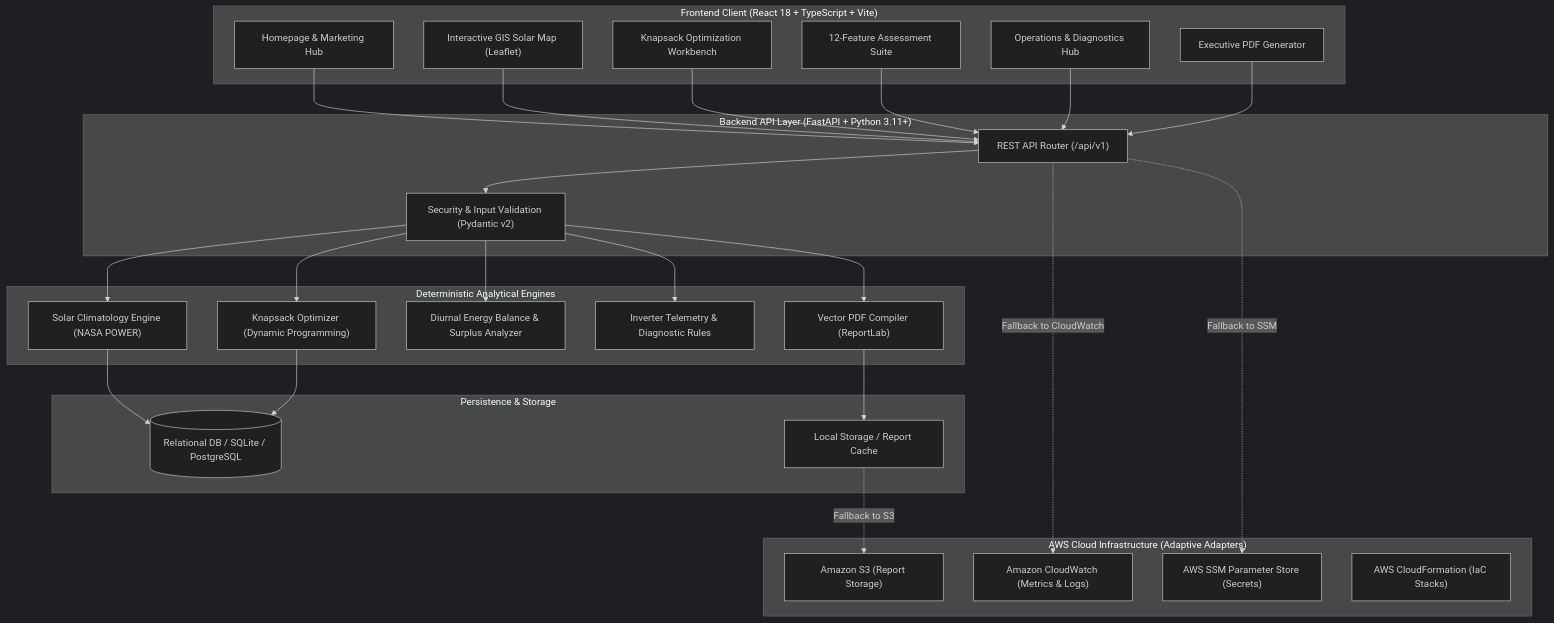
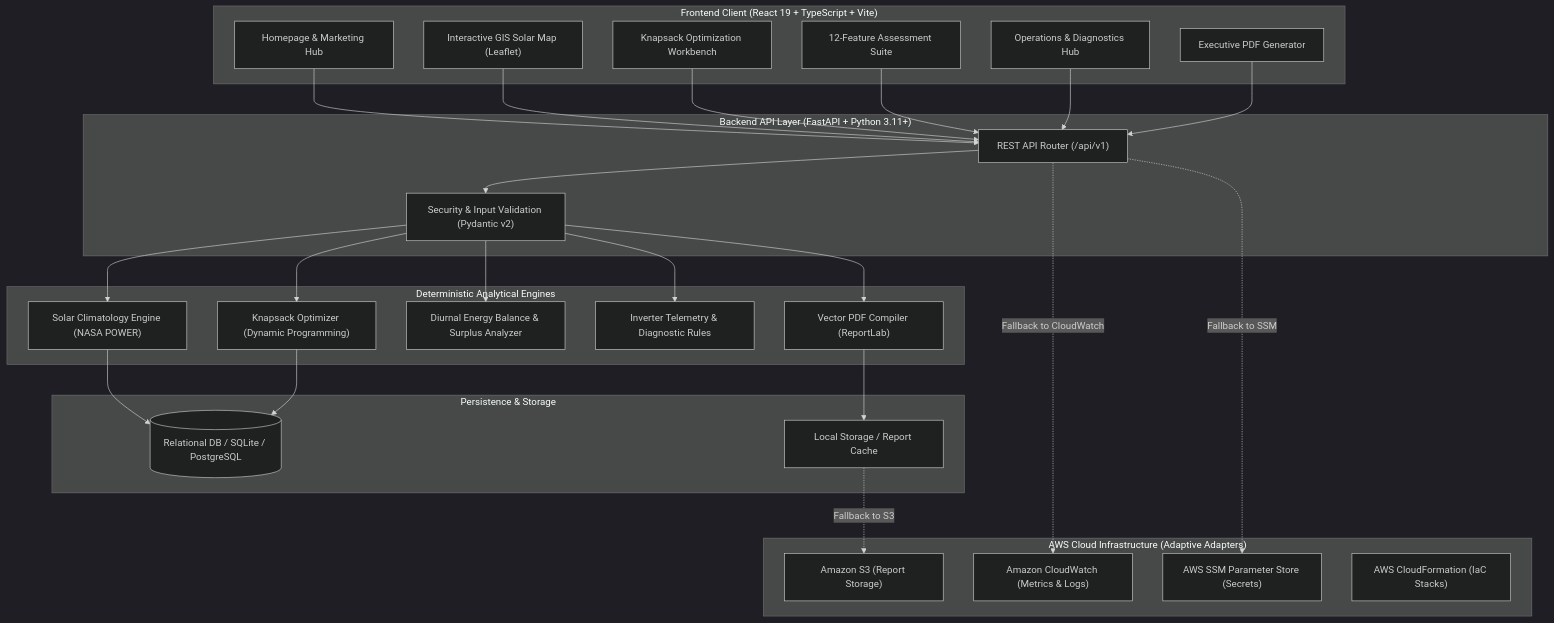
The diagram in README.md (rajsalonia/roofshift-ai), drawn with Mermaid (dark theme) before and after one commit. The commit also changed other lines of this file, not shown here.

````diff
--- a/README.md
+++ b/README.md
@@ -120,58 +120,58 @@
 ```mermaid
 graph TD
-    subgraph Client ["Frontend Client (React 18 + TypeScript + Vite)"]
+    subgraph Client ["Frontend Client (React 19 + TypeScript + Vite)"]
         UI_Home["Homepage & Marketing Hub"]
         UI_GIS["Interactive GIS Solar Map (Leaflet)"]
         UI_Opt["Knapsack Optimization Workbench"]
         UI_Features["12-Feature Assessment Suite"]
         UI_Ops["Operations & Diagnostics Hub"]
         UI_Reports["Executive PDF Generator"]
     end
 
     subgraph Backend ["Backend API Layer (FastAPI + Python 3.11+)"]
         API_Router["REST API Router (/api/v1)"]
         AUTH_MW["Security & Input Validation (Pydantic v2)"]
     end
 
     subgraph CoreEngines ["Deterministic Analytical Engines"]
         ENG_Solar["Solar Climatology Engine (NASA POWER)"]
         ENG_MCKP["Knapsack Optimizer (Dynamic Programming)"]
         ENG_Energy["Diurnal Energy Balance & Surplus Analyzer"]
         ENG_Diag["Inverter Telemetry & Diagnostic Rules"]
         ENG_PDF["Vector PDF Compiler (ReportLab)"]
     end
 
     subgraph Persistence ["Persistence & Storage"]
         DB[(Relational DB / SQLite / PostgreSQL)]
         FileStore[Local Storage / Report Cache]
     end
 
     subgraph AWSCloud ["AWS Cloud Infrastructure (Adaptive Adapters)"]
         AWS_S3["Amazon S3 (Report Storage)"]
         AWS_CW["Amazon CloudWatch (Metrics & Logs)"]
         AWS_SSM["AWS SSM Parameter Store (Secrets)"]
         AWS_CFN["AWS CloudFormation (IaC Stacks)"]
     end
 
     UI_Home --> API_Router
     UI_GIS --> API_Router
     UI_Opt --> API_Router
     UI_Features --> API_Router
     UI_Ops --> API_Router
     UI_Reports --> API_Router
 
     API_Router --> AUTH_MW
     AUTH_MW --> ENG_Solar
     AUTH_MW --> ENG_MCKP
     AUTH_MW --> ENG_Energy
     AUTH_MW --> ENG_Diag
     AUTH_MW --> ENG_PDF
 
     ENG_Solar --> DB
     ENG_MCKP --> DB
     ENG_PDF --> FileStore
 
     FileStore -.->|Fallback to S3| AWS_S3
     API_Router -.->|Fallback to CloudWatch| AWS_CW
     API_Router -.->|Fallback to SSM| AWS_SSM
 ```
````
